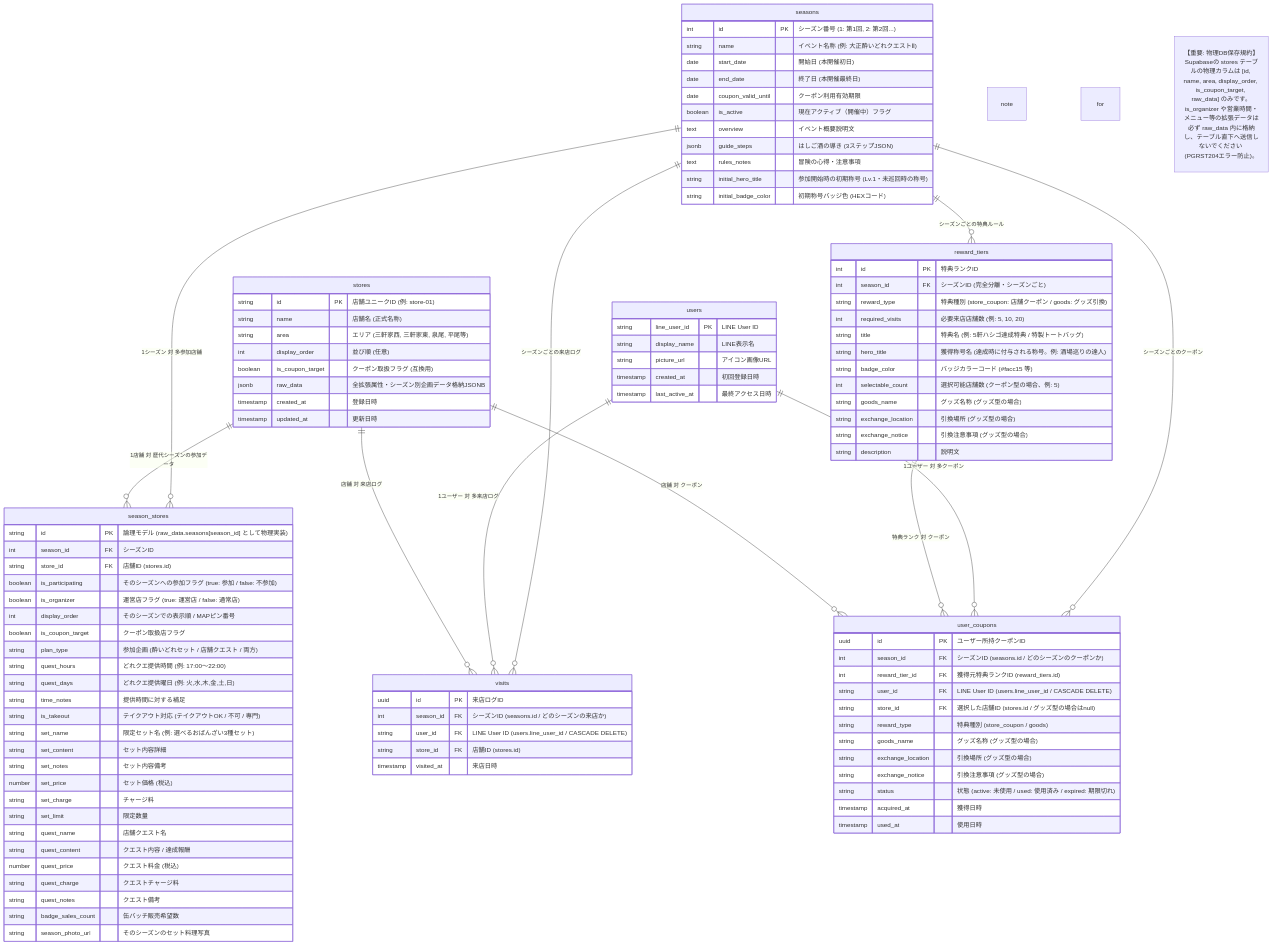
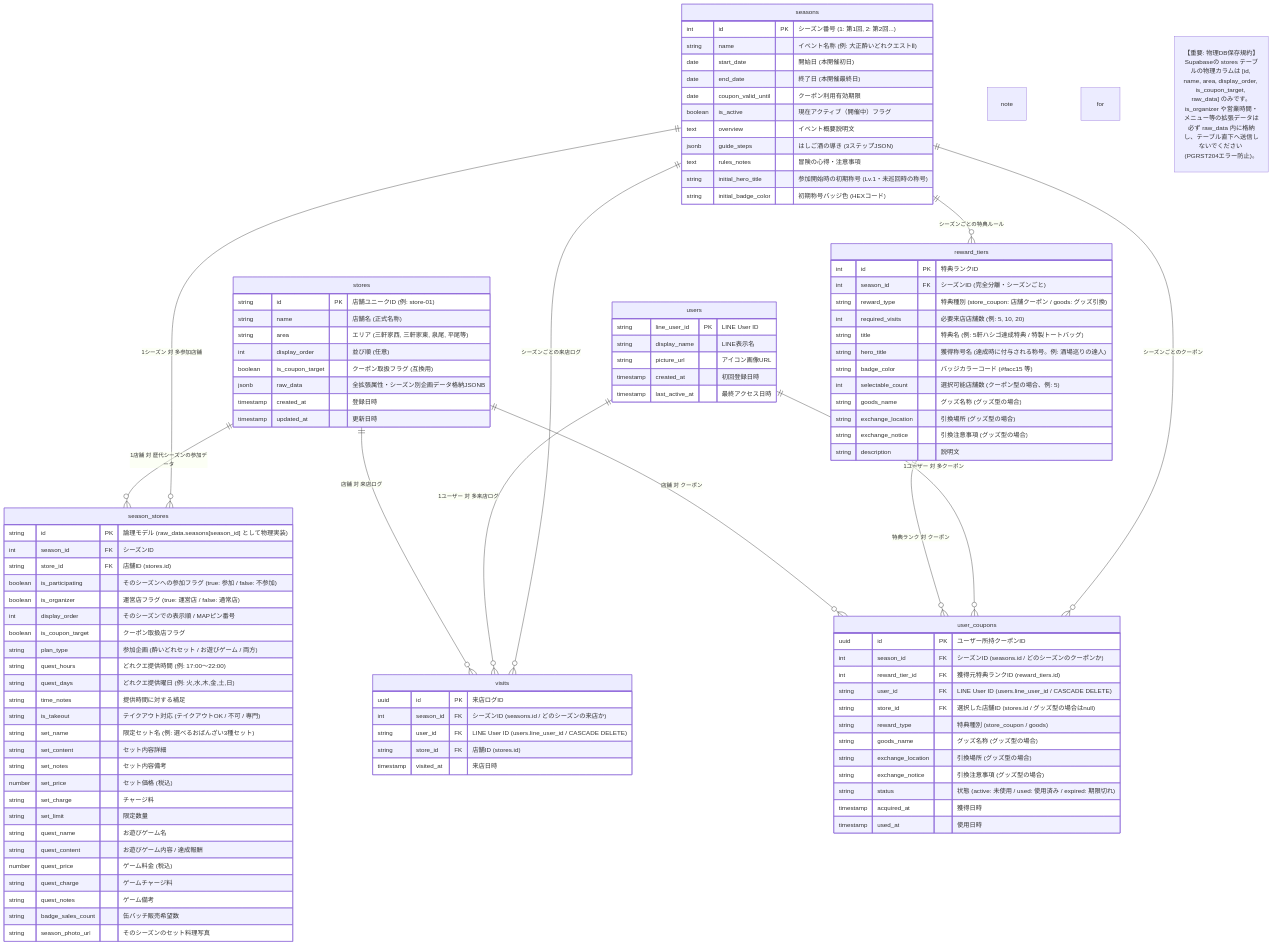
The third of 5 diagrams in SPECIFICATION.md (taishoyoidore-ui/yoidore-quest2), drawn with Mermaid before and after one commit. The commit also changed other lines of this file and 6 other files, not shown here.

```diff
--- a/SPECIFICATION.md
+++ b/SPECIFICATION.md
@@ -183,7 +183,7 @@
         boolean is_organizer "運営店フラグ (true: 運営店 / false: 通常店)"
         int display_order "そのシーズンでの表示順 / MAPピン番号"
         boolean is_coupon_target "クーポン取扱店フラグ"
-        string plan_type "参加企画 (酔いどれセット / 店舗クエスト / 両方)"
+        string plan_type "参加企画 (酔いどれセット / お遊びゲーム / 両方)"
         string quest_hours "どれクエ提供時間 (例: 17:00〜22:00)"
         string quest_days "どれクエ提供曜日 (例: 火,水,木,金,土,日)"
         string time_notes "提供時間に対する補足"
@@ -194,11 +194,11 @@
         number set_price "セット価格 (税込)"
         string set_charge "チャージ料"
         string set_limit "限定数量"
-        string quest_name "店舗クエスト名"
-        string quest_content "クエスト内容 / 達成報酬"
-        number quest_price "クエスト料金 (税込)"
-        string quest_charge "クエストチャージ料"
-        string quest_notes "クエスト備考"
+        string quest_name "お遊びゲーム名"
+        string quest_content "お遊びゲーム内容 / 達成報酬"
+        number quest_price "ゲーム料金 (税込)"
+        string quest_charge "ゲームチャージ料"
+        string quest_notes "ゲーム備考"
         string badge_sales_count "缶バッチ販売希望数"
         string season_photo_url "そのシーズンのセット料理写真"
     }
```
